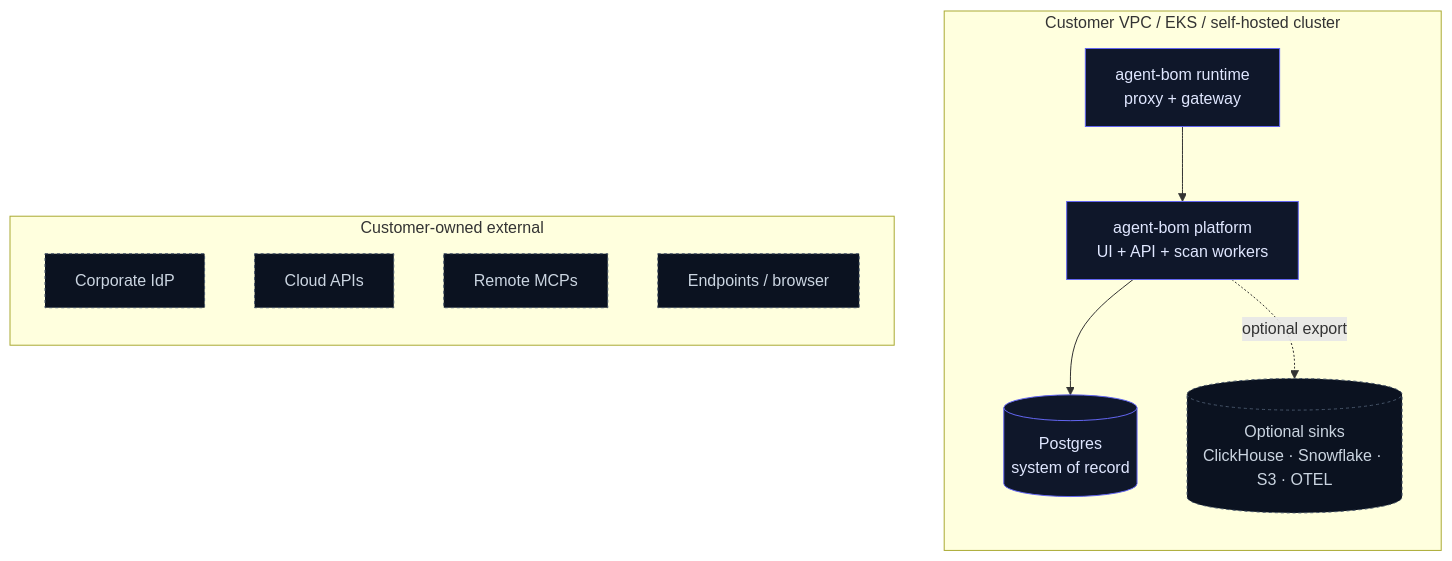
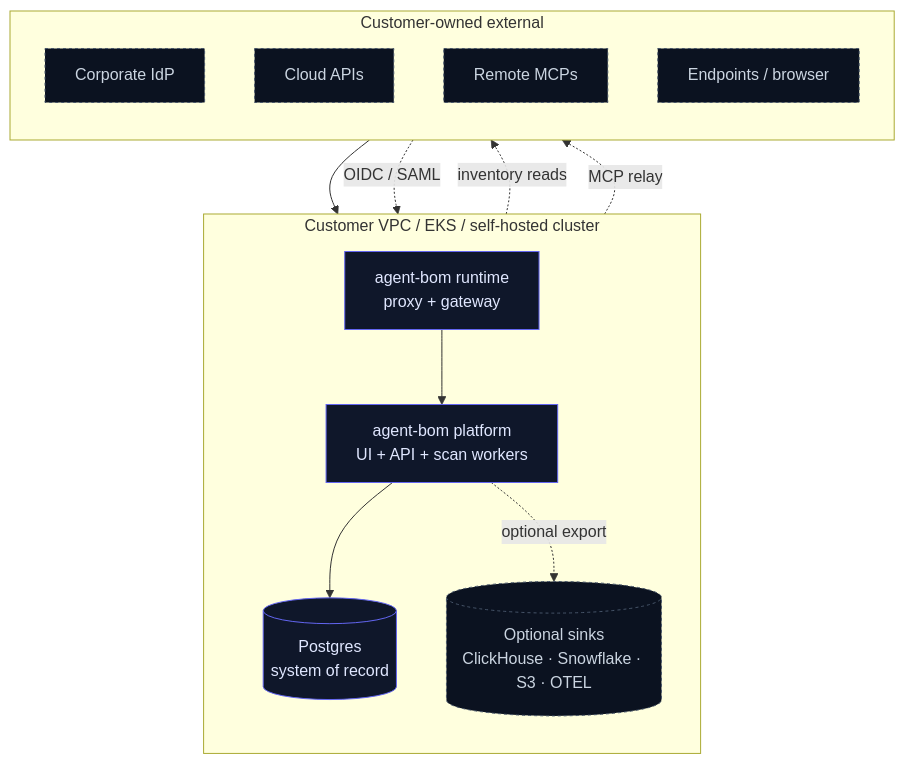
One commit to msaad00/agent-bom changed the first of 3 diagrams in site-docs/deployment/overview.md. Above: the diagram before and after it, drawn with Mermaid. The commit also changed 2 other files, not shown here.

Commit message:
docs fix release diagram drift

````diff
--- a/site-docs/deployment/overview.md
+++ b/site-docs/deployment/overview.md
@@ -121,25 +121,29 @@
 ```mermaid
 flowchart TB
     classDef ab fill:#0f172a,stroke:#6366f1,color:#e0e7ff
     classDef cust fill:#0b1220,stroke:#475569,color:#cbd5e1,stroke-dasharray:3 3
 
     subgraph Customer["Customer VPC / EKS / self-hosted cluster"]
       direction TB
       Platform["agent-bom platform<br/>UI + API + scan workers"]:::ab
       Runtime["agent-bom runtime<br/>proxy + gateway"]:::ab
       Postgres[("Postgres<br/>system of record")]:::ab
       Sinks[("Optional sinks<br/>ClickHouse · Snowflake · S3 · OTEL")]:::cust
     end
 
     subgraph External["Customer-owned external"]
       direction TB
       IdP["Corporate IdP"]:::cust
       Cloud["Cloud APIs"]:::cust
       Remote["Remote MCPs"]:::cust
       Endpoints["Endpoints / browser"]:::cust
     end
 
     Platform --> Postgres
     Platform -. optional export .-> Sinks
     Runtime --> Platform
+    Endpoints --> Platform
+    IdP -. OIDC / SAML .-> Platform
+    Platform -. inventory reads .-> Cloud
+    Runtime -. MCP relay .-> Remote
 ```
````
